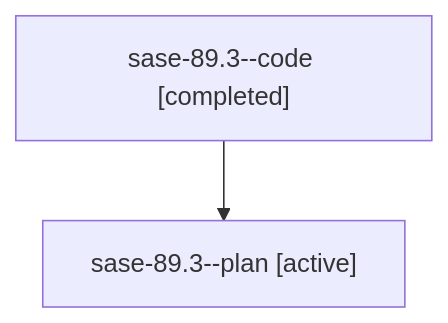
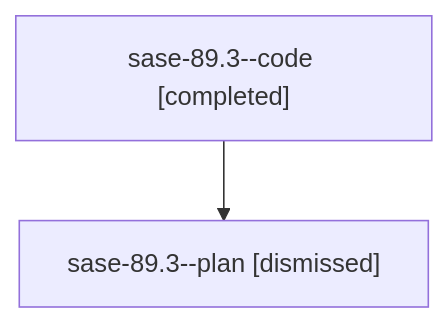
The diagram in sessions/bbugyi200.athena.sase-89.3.md (sase-org/sase--agents), drawn with Mermaid before and after one commit. The commit also changed other lines of this file and 82 other files, not shown here.

````diff
--- a/sessions/bbugyi200.athena.sase-89.3.md
+++ b/sessions/bbugyi200.athena.sase-89.3.md
@@ -9,6 +9,6 @@
 ```mermaid
 flowchart TD
   n0["sase-89.3--code [completed]"]
-  n1["sase-89.3--plan [active]"]
+  n1["sase-89.3--plan [dismissed]"]
   n0 --> n1
 ```
````
